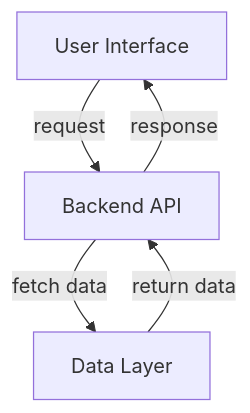
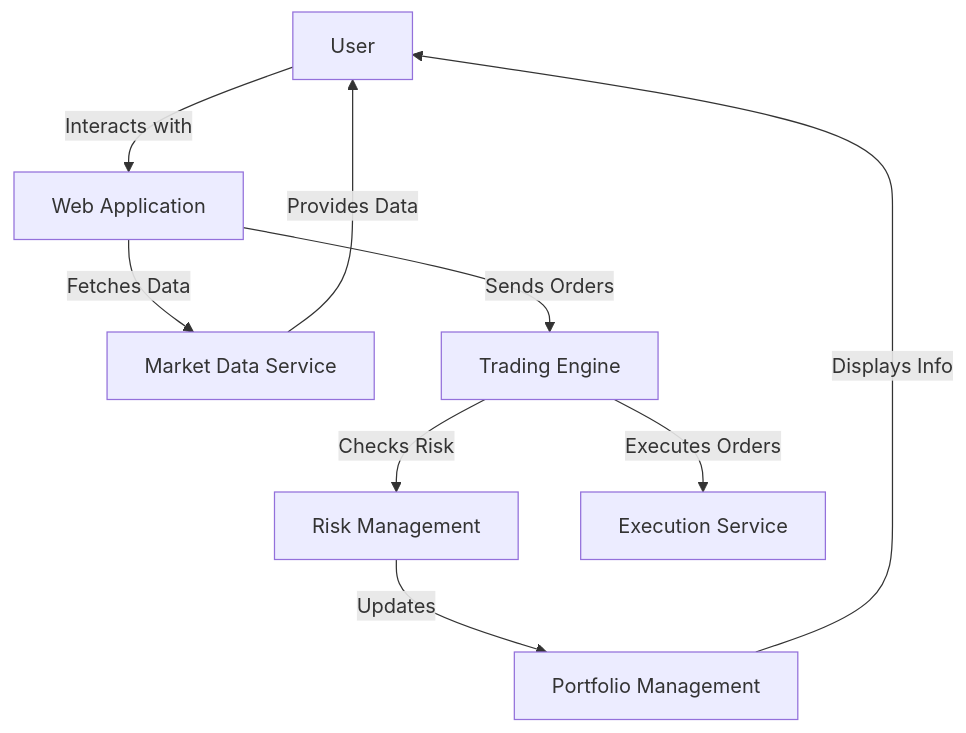
The diagram in ARCHITECTURE.md (satyamsk05/polymarket-bot), drawn with Mermaid before and after one commit. The commit also changed other lines of this file, not shown here.

Commit message:
Create ARCHITECTURE.md file with comprehensive system overview and details

````diff
--- a/ARCHITECTURE.md
+++ b/ARCHITECTURE.md
@@ -19,7 +5,11 @@
 ```mermaid
 flowchart TD
-    A[User Interface] -->|request| B[Backend API]
-    B -->|fetch data| C[Data Layer]
-    C -->|return data| B
-    B -->|response| A
+    A[User] -->|Interacts with| B[Web Application]
+    B -->|Fetches Data| C[Market Data Service]
+    B -->|Sends Orders| D[Trading Engine]
+    D -->|Checks Risk| E[Risk Management]
+    E -->|Updates| F[Portfolio Management]
+    D -->|Executes Orders| G[Execution Service]
+    C -->|Provides Data| A
+    F -->|Displays Info| A
 ```
````
